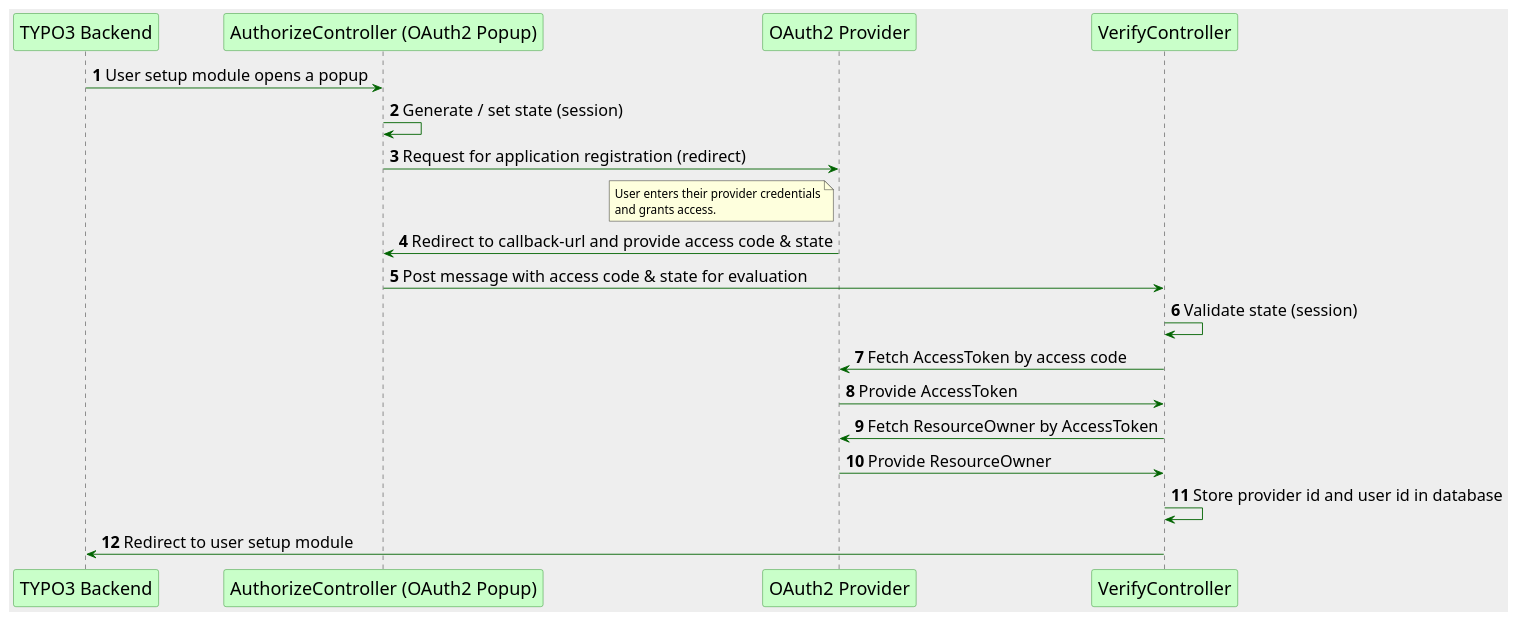
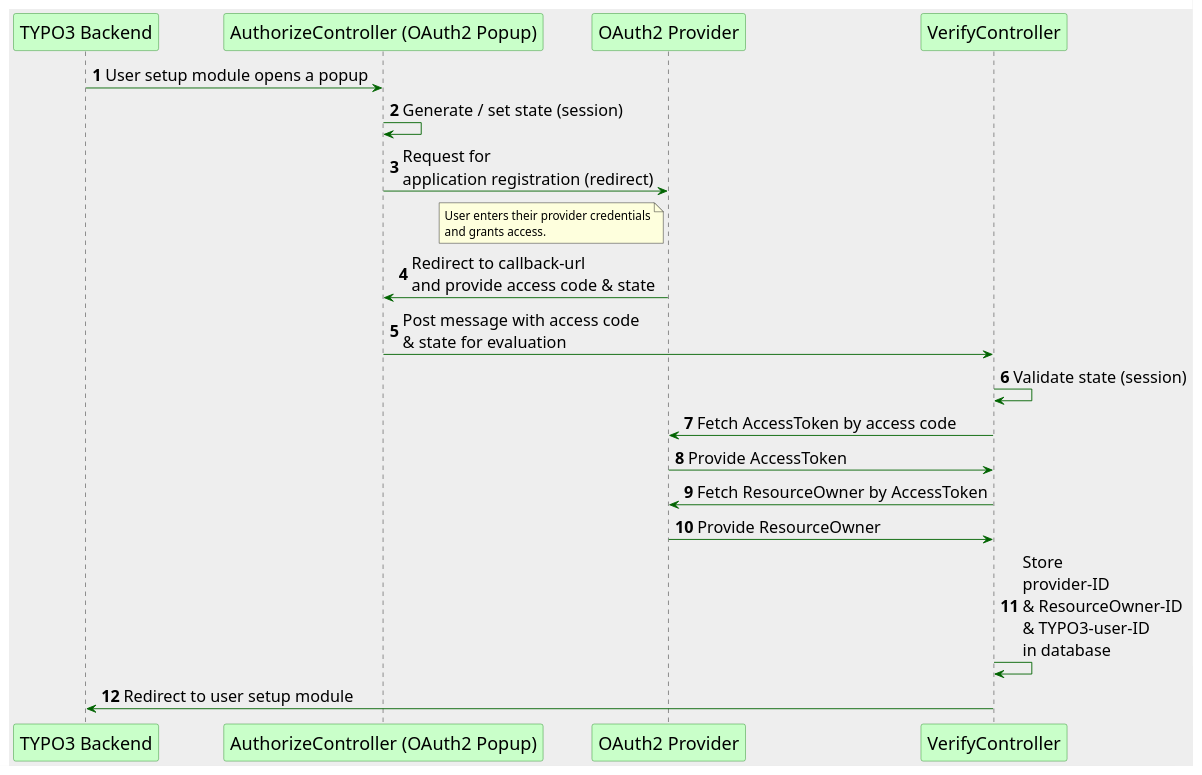
One commit to jswebguru/OAuth2-client changed the second of 4 diagrams in Documentation/Developers/Index.rst. Above: the diagram before and after it, drawn with PlantUML. The commit also changed other lines of this file and 12 other files, not shown here.

```diff
--- a/Documentation/Developers/Index.rst
+++ b/Documentation/Developers/Index.rst
@@ -53,34 +53,34 @@
 .. uml::
 
    skinparam backgroundColor #EEE
    skinparam handwritten false
    skinparam sequence {
        ArrowColor DarkGreen
        ArrowFontSize 18
        ParticipantBorderColor ForestGreen
        ParticipantFontSize 20
        ParticipantBackgroundColor TECHNOLOGY
        NoteBackgroundColor ForestGreen
        NoteBorderColor ForestGreen
        NoteShadowing false
    }
 
    autonumber
 
    "TYPO3 Backend" -> "AuthorizeController (OAuth2 Popup)": User setup module opens a popup
    "AuthorizeController (OAuth2 Popup)" -> "AuthorizeController (OAuth2 Popup)": Generate / set state (session)
-   "AuthorizeController (OAuth2 Popup)" -> "OAuth2 Provider": Request for application registration (redirect)
+   "AuthorizeController (OAuth2 Popup)" -> "OAuth2 Provider": Request for\napplication registration (redirect)
    note left of "OAuth2 Provider"
        User enters their provider credentials
        and grants access.
    end note
-   "OAuth2 Provider" -> "AuthorizeController (OAuth2 Popup)": Redirect to callback-url and provide access code & state
-   "AuthorizeController (OAuth2 Popup)" -> "VerifyController": Post message with access code & state for evaluation
+   "OAuth2 Provider" -> "AuthorizeController (OAuth2 Popup)": Redirect to callback-url\nand provide access code & state
+   "AuthorizeController (OAuth2 Popup)" -> "VerifyController": Post message with access code\n& state for evaluation
    "VerifyController" -> "VerifyController": Validate state (session)
    "VerifyController" -> "OAuth2 Provider": Fetch AccessToken by access code
    "OAuth2 Provider" -> "VerifyController": Provide AccessToken
    "VerifyController" -> "OAuth2 Provider": Fetch ResourceOwner by AccessToken
    "OAuth2 Provider" -> "VerifyController": Provide ResourceOwner
-   "VerifyController" -> "VerifyController": Store provider id and user id in database
+   "VerifyController" -> "VerifyController": Store\nprovider-ID\n& ResourceOwner-ID\n& TYPO3-user-ID\nin database
    "VerifyController" -> "TYPO3 Backend": Redirect to user setup module
    @enduml
```
